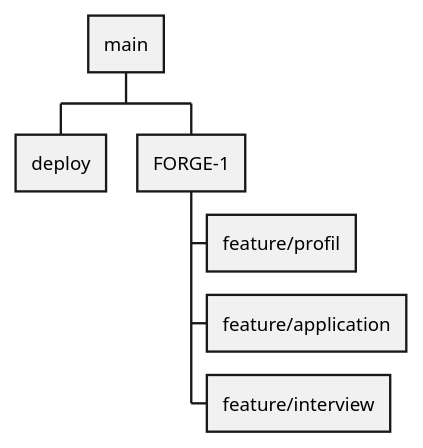
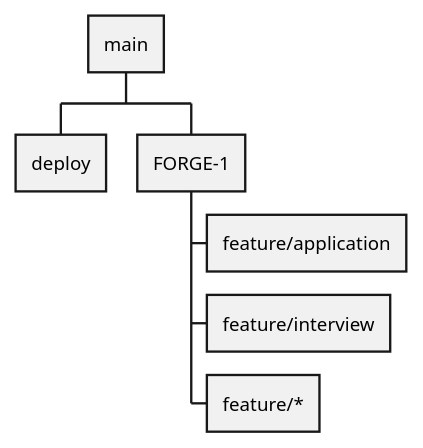
The diagram in backend/ressources/modeling/git-branch.puml (Spriggan-Team/HiringForge), drawn with PlantUML before and after one commit. The commit also changed 28 other files, not shown here.

```diff
--- a/backend/ressources/modeling/git-branch.puml
+++ b/backend/ressources/modeling/git-branch.puml
@@ -1,8 +1,8 @@
 @startwbs
 * main
 ** deploy
 ** FORGE-1
-*** feature/profil
 *** feature/application
 *** feature/interview
+*** feature/*
 @endwbs
```
